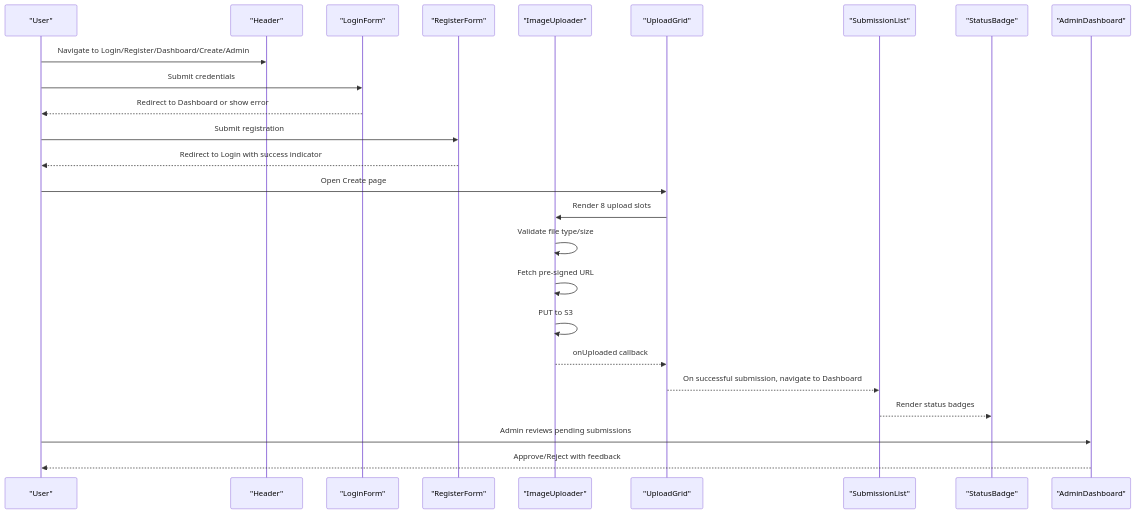
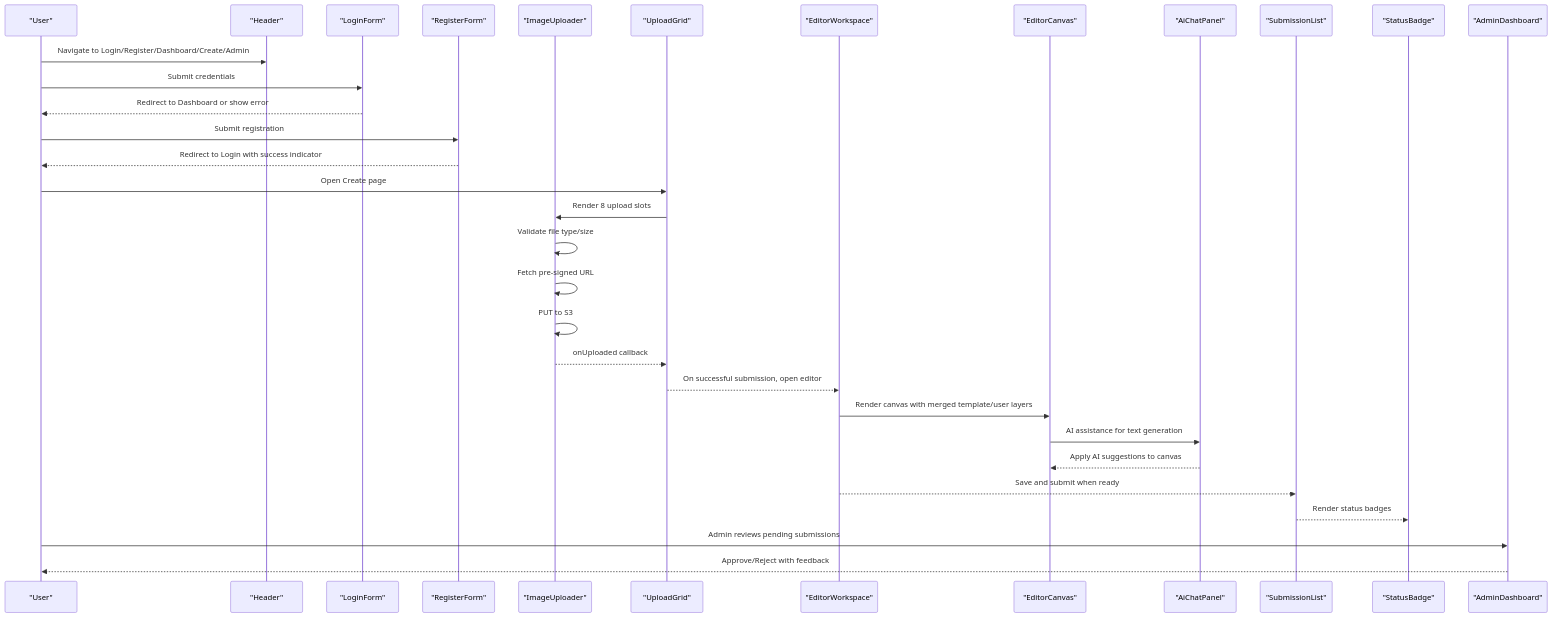
Before and after one commit to Crowdspender/titchybooks-app: the second of 3 diagrams in .qoder/repowiki/en/content/Component Library/Component Library.md, drawn with Mermaid. The commit also changed other lines of this file and 62 other files, not shown here.

````diff
--- a/.qoder/repowiki/en/content/Component Library/Component Library.md
+++ b/.qoder/repowiki/en/content/Component Library/Component Library.md
@@ -127,27 +161,34 @@
 ```mermaid
 sequenceDiagram
 participant U as "User"
 participant H as "Header"
 participant LG as "LoginForm"
 participant RG as "RegisterForm"
 participant IG as "ImageUploader"
 participant GG as "UploadGrid"
+participant EW as "EditorWorkspace"
+participant EC as "EditorCanvas"
+participant ACP as "AiChatPanel"
 participant SL as "SubmissionList"
 participant SB as "StatusBadge"
 participant AD as "AdminDashboard"
 U->>H : Navigate to Login/Register/Dashboard/Create/Admin
 U->>LG : Submit credentials
 LG-->>U : Redirect to Dashboard or show error
 U->>RG : Submit registration
 RG-->>U : Redirect to Login with success indicator
 U->>GG : Open Create page
 GG->>IG : Render 8 upload slots
 IG->>IG : Validate file type/size
 IG->>IG : Fetch pre-signed URL
 IG->>IG : PUT to S3
 IG-->>GG : onUploaded callback
-GG-->>SL : On successful submission, navigate to Dashboard
+GG-->>EW : On successful submission, open editor
+EW->>EC : Render canvas with merged template/user layers
+EC->>ACP : AI assistance for text generation
+ACP-->>EC : Apply AI suggestions to canvas
+EW-->>SL : Save and submit when ready
 SL-->>SB : Render status badges
 U->>AD : Admin reviews pending submissions
 AD-->>U : Approve/Reject with feedback
 ```
````
